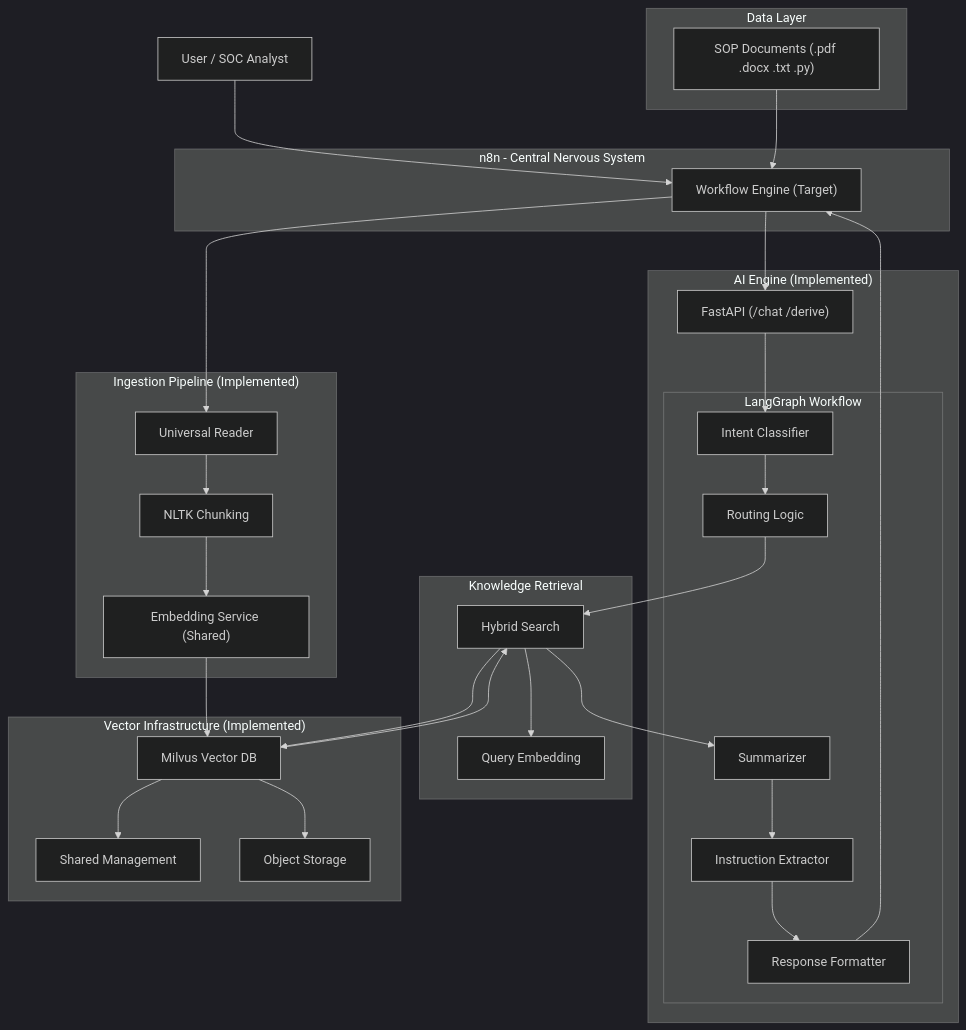
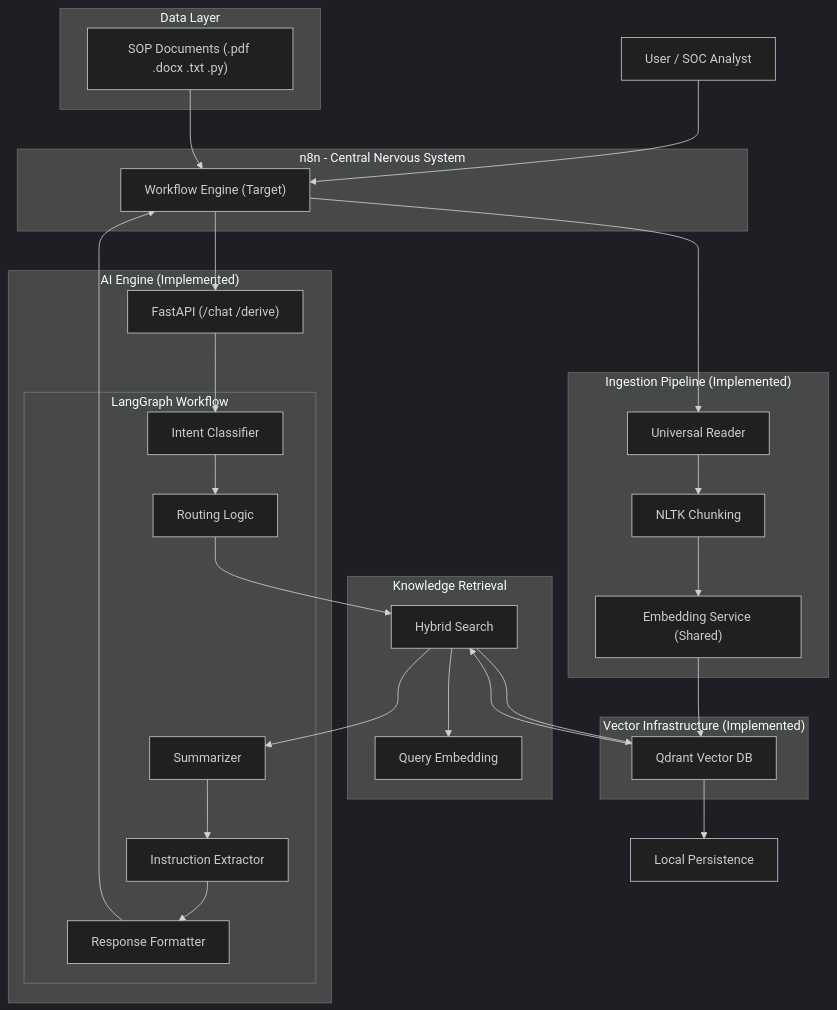
One commit to omkartalathi16-byte/AIsop.backend changed the diagram in ARCHITECTURE.md. Above: the diagram before and after it, drawn with Mermaid (dark theme). The commit also changed other lines of this file and 6 other files, not shown here.

Commit message:
feat: Migrate vector database from Milvus to Qdrant (minimalist design)

````diff
--- a/ARCHITECTURE.md
+++ b/ARCHITECTURE.md
@@ -7,74 +7,71 @@
 ```mermaid
 graph TD
 
 %% ================= USER LAYER =================
 User["User / SOC Analyst"]
 
 %% ================= ORCHESTRATION =================
 subgraph Orchestration ["n8n - Central Nervous System"]
     n8n["Workflow Engine (Target)"]
 end
 
 %% ================= DATA SOURCE =================
 subgraph Data_Source ["Data Layer"]
     Files["SOP Documents (.pdf .docx .txt .py)"]
 end
 
 %% ================= INGESTION =================
 subgraph Ingestion ["Ingestion Pipeline (Implemented)"]
     Reader["Universal Reader"]
     Chunker["NLTK Chunking"]
     Embed_I["Embedding Service (Shared)"]
 end
 
 %% ================= AI CORE =================
 subgraph AI_Core ["AI Engine (Implemented)"]
     API["FastAPI (/chat /derive)"]
 
     subgraph LangGraph ["LangGraph Workflow"]
         Intent["Intent Classifier"]
         Logic["Routing Logic"]
         Summ["Summarizer"]
         Extract["Instruction Extractor"]
         Format["Response Formatter"]
     end
 end
 
 %% ================= RETRIEVAL =================
 subgraph Retrieval ["Knowledge Retrieval"]
     Hybrid["Hybrid Search"]
     Embed_Q["Query Embedding"]
 end
 
 %% ================= VECTOR INFRA =================
 subgraph Infra ["Vector Infrastructure (Implemented)"]
-    Milvus["Milvus Vector DB"]
-    Etcd["Shared Management"]
-    MinIO["Object Storage"]
+    Qdrant["Qdrant Vector DB"]
 end
 
 %% ================= QUERY FLOW =================
 User --> n8n
 n8n --> API
 API --> Intent
 Intent --> Logic
 Logic --> Hybrid
 Hybrid --> Embed_Q
-Hybrid --> Milvus
-Milvus --> Hybrid
+Hybrid --> Qdrant
+Qdrant --> Hybrid
 Hybrid --> Summ
 Summ --> Extract
 Extract --> Format
 Format --> n8n
 
 %% ================= INGESTION FLOW =================
 Files --> n8n
 n8n --> Reader
 Reader --> Chunker
 Chunker --> Embed_I
-Embed_I --> Milvus
+Embed_I --> Qdrant
 
 %% ================= INFRA LINKS =================
-Milvus --> Etcd
-Milvus --> MinIO
+Qdrant --> Volumes["Local Persistence"]
 ```
````
